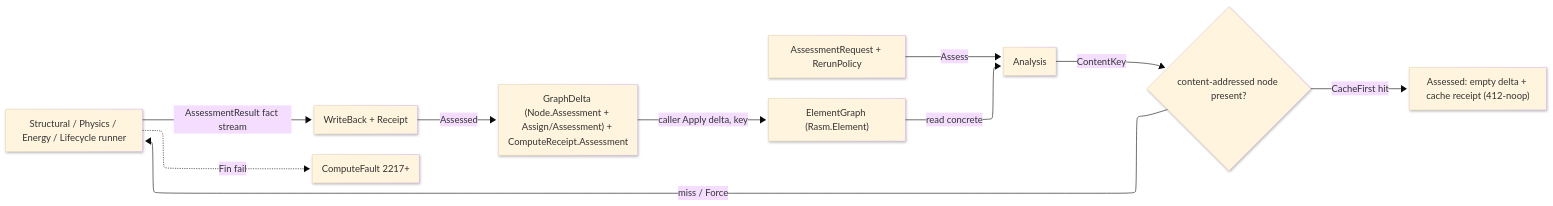
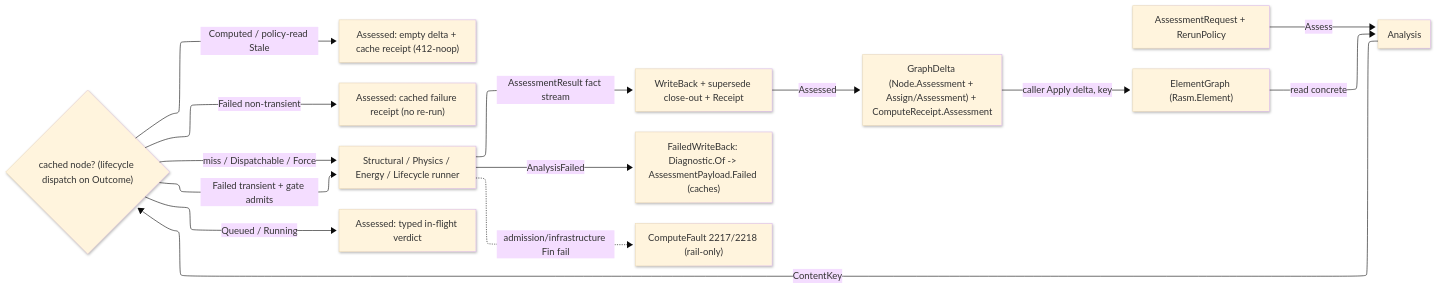
One commit to bsamiee/Rasm changed the diagram in libs/csharp/Rasm.Compute/.planning/Analysis/assessment.md. Above: the diagram before and after it, drawn with Mermaid. The commit also changed other lines of this file and 144 other files, not shown here.

````diff
--- a/libs/csharp/Rasm.Compute/.planning/Analysis/assessment.md
+++ b/libs/csharp/Rasm.Compute/.planning/Analysis/assessment.md
@@ -353,20 +596,24 @@
 ```mermaid
 ---
 config:
   layout: elk
   look: neo
   theme: base
 ---
 flowchart LR
     accTitle: Rasm.Compute assessment rail
     accDescr: A polymorphic assessment request plus a rerun policy routes over the seam discipline to a discipline runner that reads the concrete element graph; the spine content-keys the input subgraph and route, returns a cache-first 412-noop when the content-addressed assessment node already exists, else the runner folds its discipline-specific input into one uniform assessment-result fact stream and the spine writes one content-addressed assessment node back to the graph attached to every target through the neutral assign edge with sub-kind assessment, returning one assessed value carrying the graph delta the caller applies and the compute-receipt the telemetry rail emits.
     AssessmentRequest["AssessmentRequest + RerunPolicy"] -->|Assess| Analysis["Analysis"]
     ElementGraph["ElementGraph (Rasm.Element)"] -->|read concrete| Analysis
-    Analysis -->|ContentKey| Dedup{"content-addressed node present?"}
-    Dedup -->|CacheFirst hit| Noop["Assessed: empty delta + cache receipt (412-noop)"]
-    Dedup -->|miss / Force| Runner["Structural / Physics / Energy / Lifecycle runner"]
-    Runner -->|AssessmentResult fact stream| WriteBack["WriteBack + Receipt"]
-    Runner -.->|Fin fail| ComputeFault["ComputeFault 2217+"]
+    Analysis -->|ContentKey| Dedup{"cached node? (lifecycle dispatch on Outcome)"}
+    Dedup -->|Computed / policy-read Stale| Noop["Assessed: empty delta + cache receipt (412-noop)"]
+    Dedup -->|Failed non-transient| CachedFail["Assessed: cached failure receipt (no re-run)"]
+    Dedup -->|Failed transient + gate admits| Runner
+    Dedup -->|Queued / Running| InFlight["Assessed: typed in-flight verdict"]
+    Dedup -->|miss / Dispatchable / Force| Runner["Structural / Physics / Energy / Lifecycle runner"]
+    Runner -->|AssessmentResult fact stream| WriteBack["WriteBack + supersede close-out + Receipt"]
+    Runner -->|AnalysisFailed| FailedWB["FailedWriteBack: Diagnostic.Of -> AssessmentPayload.Failed (caches)"]
+    Runner -.->|admission/infrastructure Fin fail| ComputeFault["ComputeFault 2217/2218 (rail-only)"]
     WriteBack -->|Assessed| Out["GraphDelta (Node.Assessment + Assign/Assessment) + ComputeReceipt.Assessment"]
     Out -->|caller Apply delta, key| ElementGraph
 ```
````
